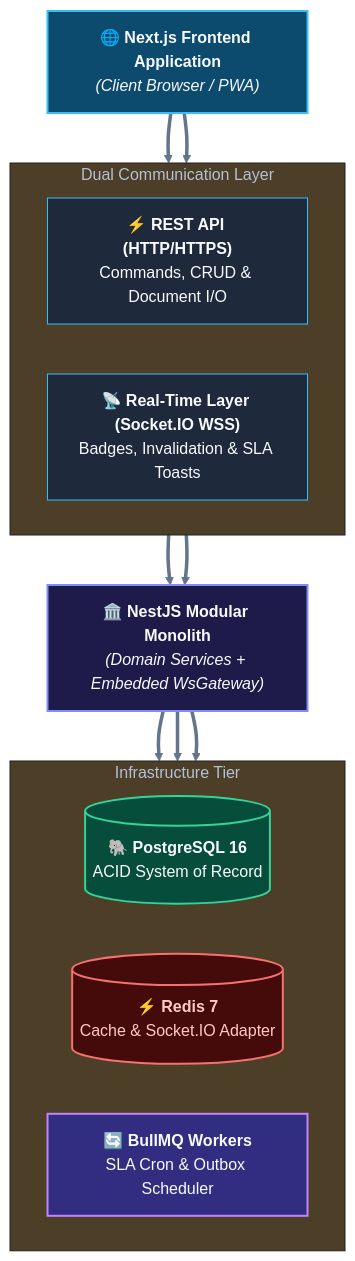
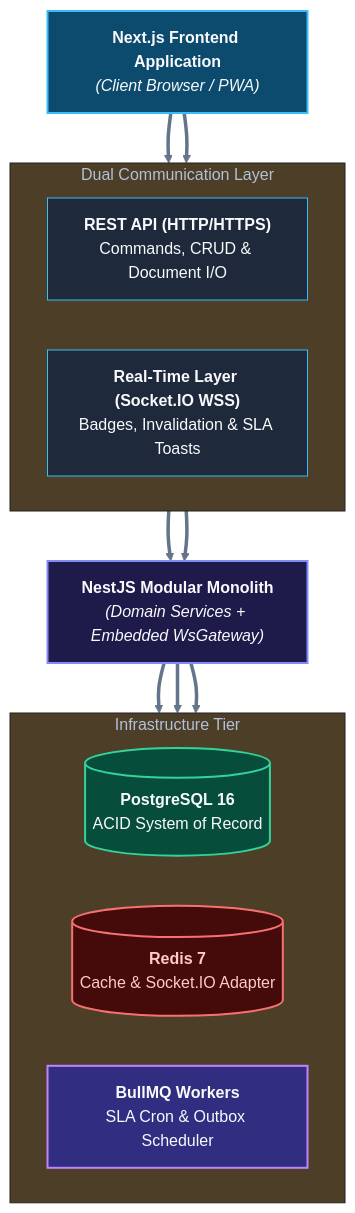
One commit to Aditya11o/HR-CHANGE-MANAGEMENT-SYSTEM changed the first of 3 diagrams in docs/04-system-architecture/ADR-001-REAL-TIME-COMMUNICATION.md. Above: the diagram before and after it, drawn with Mermaid. The commit also changed other lines of this file and 8 other files, not shown here.

Commit message:
docs: add system architecture, test strategy, deployment guide, and requirements specifications

````diff
--- a/docs/04-system-architecture/ADR-001-REAL-TIME-COMMUNICATION.md
+++ b/docs/04-system-architecture/ADR-001-REAL-TIME-COMMUNICATION.md
@@ -141,32 +141,32 @@
 ```mermaid
 %%{init: {'theme': 'base', 'themeVariables': { 'primaryColor': '#1e293b', 'primaryTextColor': '#f8fafc', 'primaryBorderColor': '#38bdf8', 'lineColor': '#64748b'}}}%%
 flowchart TD
     classDef feNode fill:#0c4a6e,stroke:#38bdf8,stroke-width:2px,color:#f8fafc;
     classDef beNode fill:#1e1b4b,stroke:#818cf8,stroke-width:2px,color:#f8fafc;
     classDef dbNode fill:#064e3b,stroke:#34d399,stroke-width:2px,color:#f8fafc;
     classDef redisNode fill:#450a0a,stroke:#f87171,stroke-width:2px,color:#fecaca;
     classDef workerNode fill:#312e81,stroke:#c084fc,stroke-width:2px,color:#f8fafc;
 
-    FE["🌐 <b>Next.js Frontend Application</b><br/><i>(Client Browser / PWA)</i>"]:::feNode
+    FE["<b>Next.js Frontend Application</b><br/><i>(Client Browser / PWA)</i>"]:::feNode
 
     subgraph PROTOCOLS ["Dual Communication Layer"]
         direction LR
-        P_REST["⚡ <b>REST API (HTTP/HTTPS)</b><br/>Commands, CRUD & Document I/O"]
-        P_WS["📡 <b>Real-Time Layer (Socket.IO WSS)</b><br/>Badges, Invalidation & SLA Toasts"]
+        P_REST["<b>REST API (HTTP/HTTPS)</b><br/>Commands, CRUD & Document I/O"]
+        P_WS["<b>Real-Time Layer (Socket.IO WSS)</b><br/>Badges, Invalidation & SLA Toasts"]
     end
 
-    BE["🏛️ <b>NestJS Modular Monolith</b><br/><i>(Domain Services + Embedded WsGateway)</i>"]:::beNode
+    BE["<b>NestJS Modular Monolith</b><br/><i>(Domain Services + Embedded WsGateway)</i>"]:::beNode
 
     subgraph INFRA ["Infrastructure Tier"]
         direction LR
-        DB[("🐘 <b>PostgreSQL 16</b><br/>ACID System of Record")]:::dbNode
-        REDIS[("⚡ <b>Redis 7</b><br/>Cache & Socket.IO Adapter")]:::redisNode
-        WORKER["🔄 <b>BullMQ Workers</b><br/>SLA Cron & Outbox Scheduler"]:::workerNode
+        DB[("<b>PostgreSQL 16</b><br/>ACID System of Record")]:::dbNode
+        REDIS[("<b>Redis 7</b><br/>Cache & Socket.IO Adapter")]:::redisNode
+        WORKER["<b>BullMQ Workers</b><br/>SLA Cron & Outbox Scheduler"]:::workerNode
     end
 
     FE ==> P_REST ==> BE
     FE ==> P_WS ==> BE
     BE ==> DB
     BE ==> REDIS
     BE ==> WORKER
 ```
````
